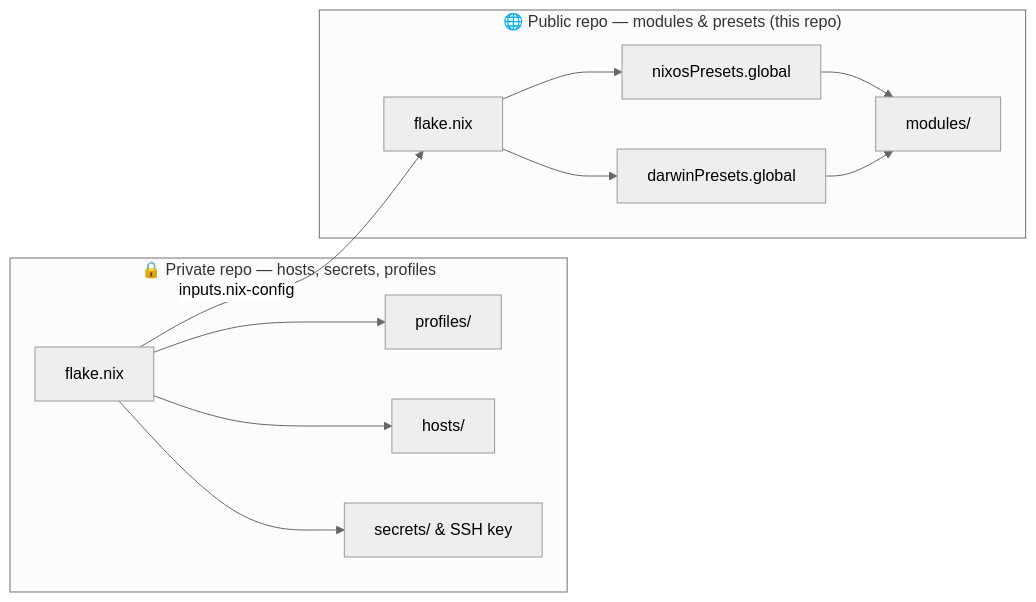
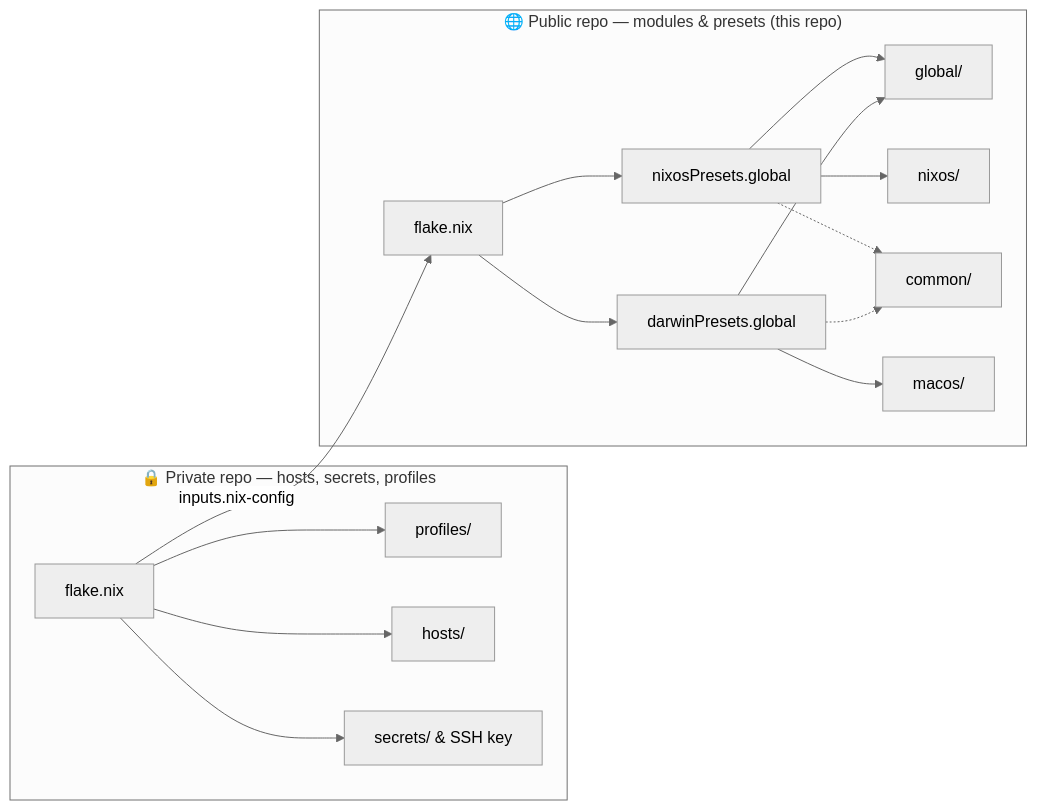
Before and after one commit to computercam/nix-config: the diagram in README.md, drawn with Mermaid (neutral theme).

Commit message:
Diagram: expand modules/ into subdirectories with solid arrows for preset includes and dotted for host-level imports

````diff
--- a/README.md
+++ b/README.md
@@ -9,15 +9,21 @@
 ```mermaid
 flowchart LR
   subgraph Private["🔒 Private repo — hosts, secrets, profiles"]
     PF["flake.nix"] --> P["profiles/"]
     PF --> H["hosts/"]
     PF --> SE["secrets/ & SSH key"]
   end
 
   subgraph Public["🌐 Public repo — modules & presets (this repo)"]
-    F["flake.nix"] --> NP["nixosPresets.global"] --> M["modules/"]
-    F --> DP["darwinPresets.global"] --> M
+    F["flake.nix"] --> NP["nixosPresets.global"]
+    F --> DP["darwinPresets.global"]
+    NP --> G["global/"]
+    NP --> N["nixos/"]
+    NP -.-> C["common/"]
+    DP --> G
+    DP --> MC["macos/"]
+    DP -.-> C
   end
 
   PF -->|"inputs.nix-config"| F
 ```
````
